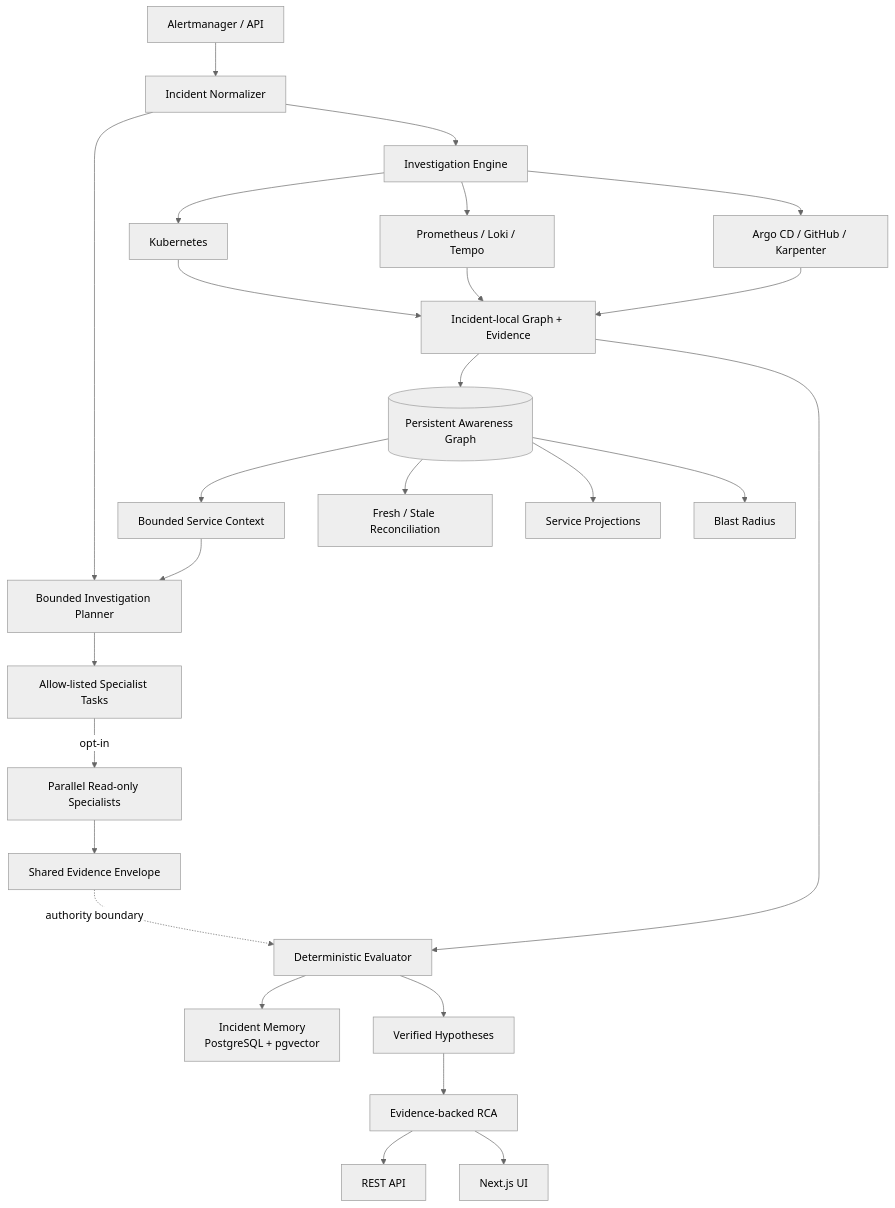
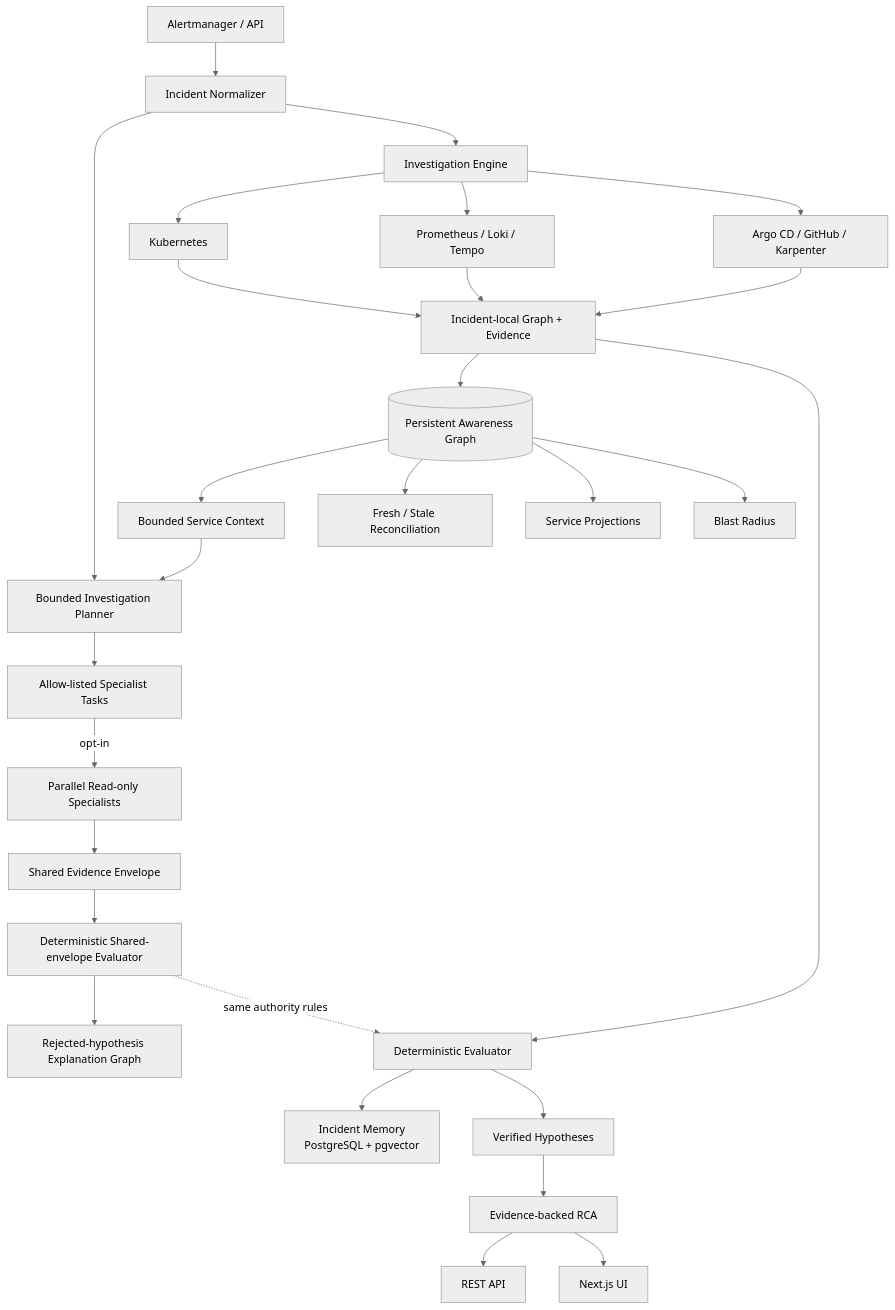
One commit to marcocristofolini/ai-sre-rca changed the first of 7 diagrams in README.md. Above: the diagram before and after it, drawn with Mermaid (neutral theme). The commit also changed other lines of this file, not shown here.

Commit message:
docs: document deterministic agentic evaluation

````diff
--- a/README.md
+++ b/README.md
@@ -113,32 +116,34 @@
 ```mermaid
 flowchart TD
     A[Alertmanager / API] --> N[Incident Normalizer]
     N --> P[Bounded Investigation Planner]
     N --> E[Investigation Engine]
 
     G[(Persistent Awareness Graph)] --> C[Bounded Service Context]
     C --> P
     P --> T[Allow-listed Specialist Tasks]
     T -->|opt-in| X[Parallel Read-only Specialists]
     X --> SE[Shared Evidence Envelope]
+    SE --> V[Deterministic Shared-envelope Evaluator]
+    V --> EG[Rejected-hypothesis Explanation Graph]
 
     E --> K[Kubernetes]
     E --> O[Prometheus / Loki / Tempo]
     E --> CH[Argo CD / GitHub / Karpenter]
     K --> L[Incident-local Graph + Evidence]
     O --> L
     CH --> L
 
     L --> G
     G --> R[Fresh / Stale Reconciliation]
     G --> S[Service Projections]
     G --> B[Blast Radius]
 
     L --> D[Deterministic Evaluator]
-    SE -. authority boundary .-> D
+    V -. same authority rules .-> D
     D --> M[Incident Memory<br/>PostgreSQL + pgvector]
     D --> H[Verified Hypotheses]
     H --> RCA[Evidence-backed RCA]
     RCA --> API[REST API]
     RCA --> UI[Next.js UI]
 ```
````
